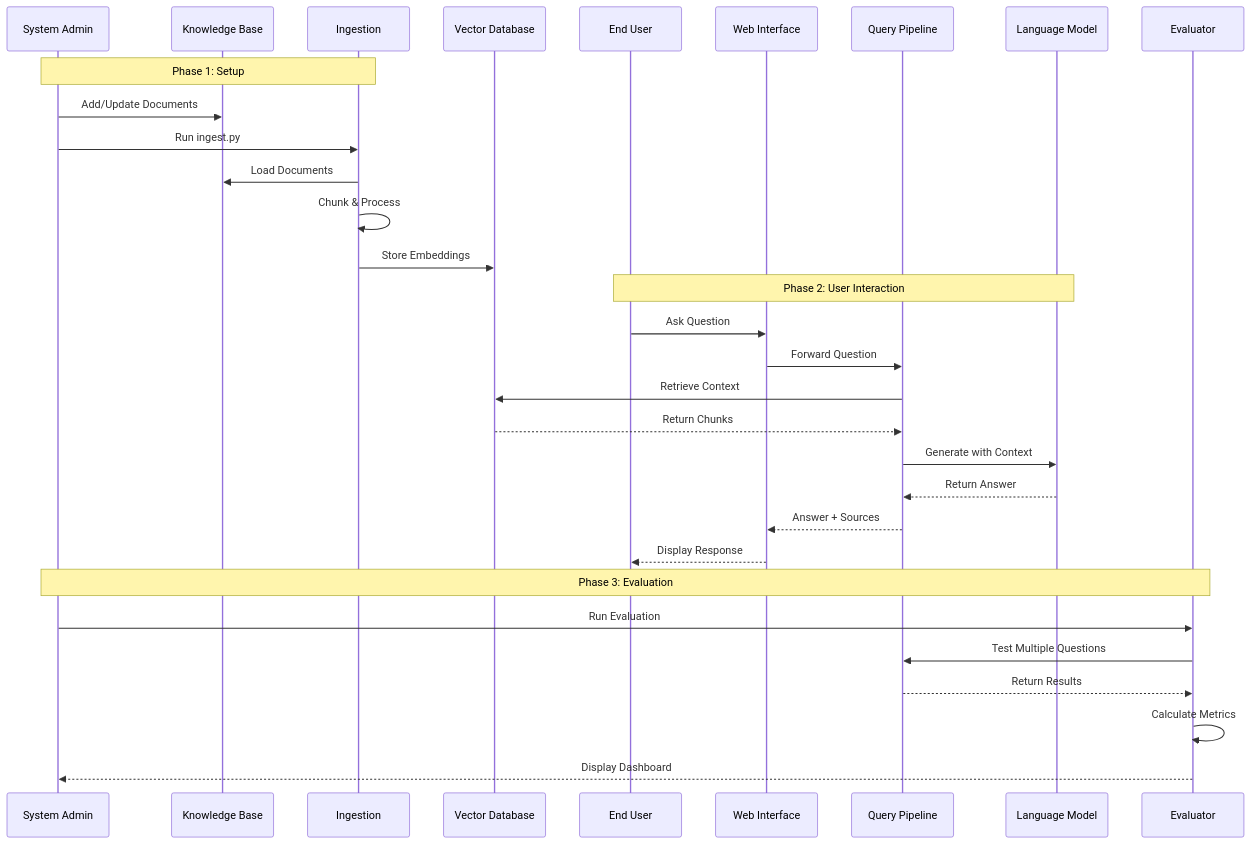
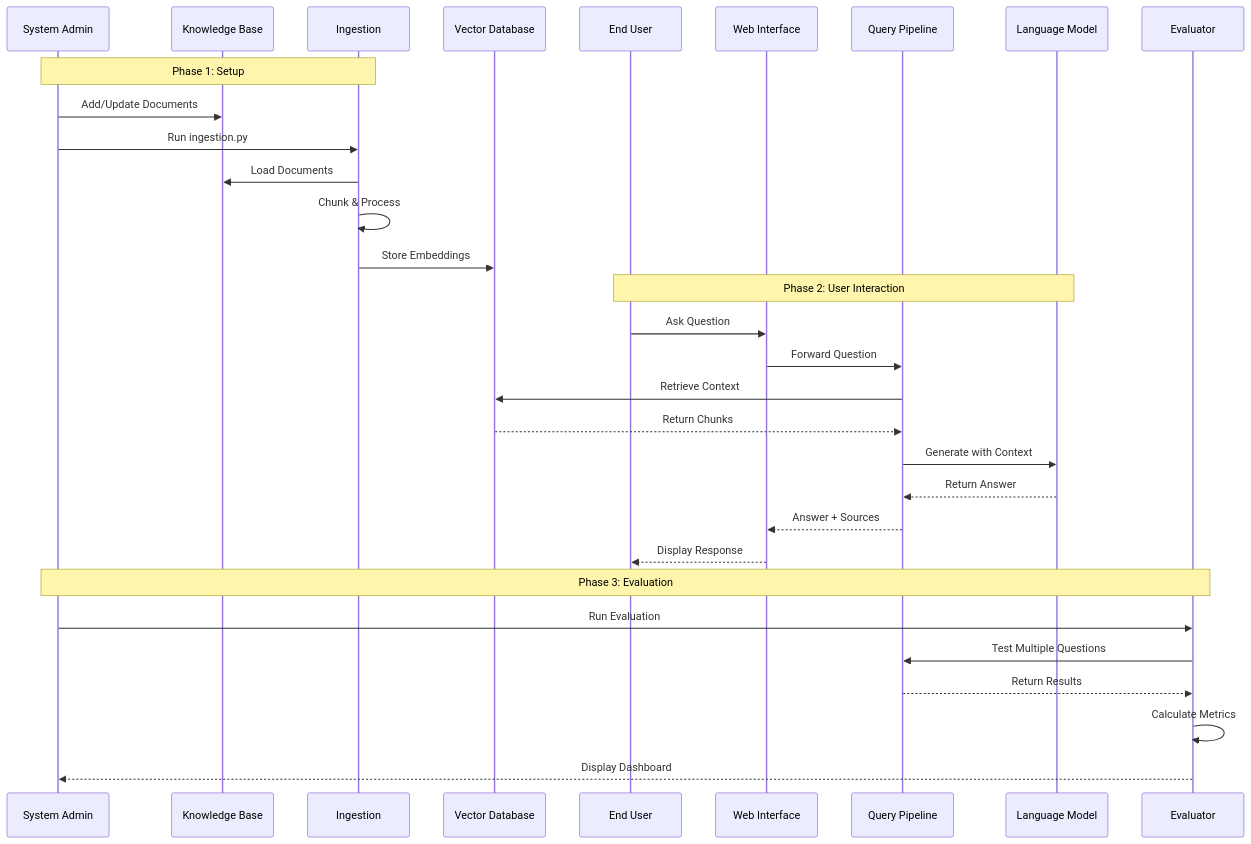
The second of 7 diagrams in docs/4-architecture_details.md (aditya-caltechie/ai-rag), drawn with Mermaid before and after one commit. The commit also changed other lines of this file and 20 other files, not shown here.

````diff
--- a/docs/4-architecture_details.md
+++ b/docs/4-architecture_details.md
@@ -58,36 +58,36 @@
 ```mermaid
 sequenceDiagram
     participant Admin as System Admin
     participant Docs as Knowledge Base
     participant Ingest as Ingestion
     participant VDB as Vector Database
     participant User as End User
     participant UI as Web Interface
     participant Query as Query Pipeline
     participant LLM as Language Model
     participant Eval as Evaluator
     
     Note over Admin,Ingest: Phase 1: Setup
     Admin->>Docs: Add/Update Documents
-    Admin->>Ingest: Run ingest.py
+    Admin->>Ingest: Run ingestion.py
     Ingest->>Docs: Load Documents
     Ingest->>Ingest: Chunk & Process
     Ingest->>VDB: Store Embeddings
     
     Note over User,LLM: Phase 2: User Interaction
     User->>UI: Ask Question
     UI->>Query: Forward Question
     Query->>VDB: Retrieve Context
     VDB-->>Query: Return Chunks
     Query->>LLM: Generate with Context
     LLM-->>Query: Return Answer
     Query-->>UI: Answer + Sources
     UI-->>User: Display Response
     
     Note over Admin,Eval: Phase 3: Evaluation
     Admin->>Eval: Run Evaluation
     Eval->>Query: Test Multiple Questions
     Query-->>Eval: Return Results
     Eval->>Eval: Calculate Metrics
     Eval-->>Admin: Display Dashboard
 ```
````
